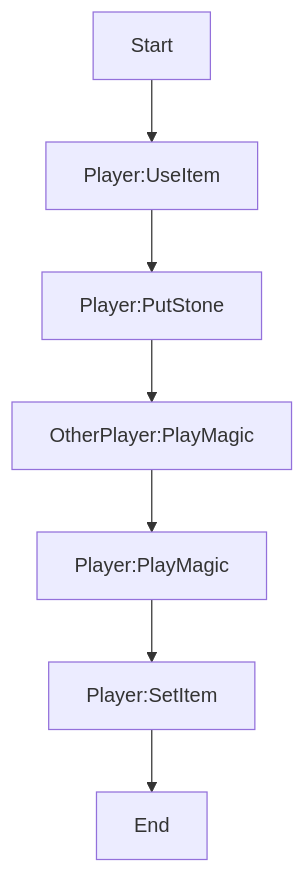
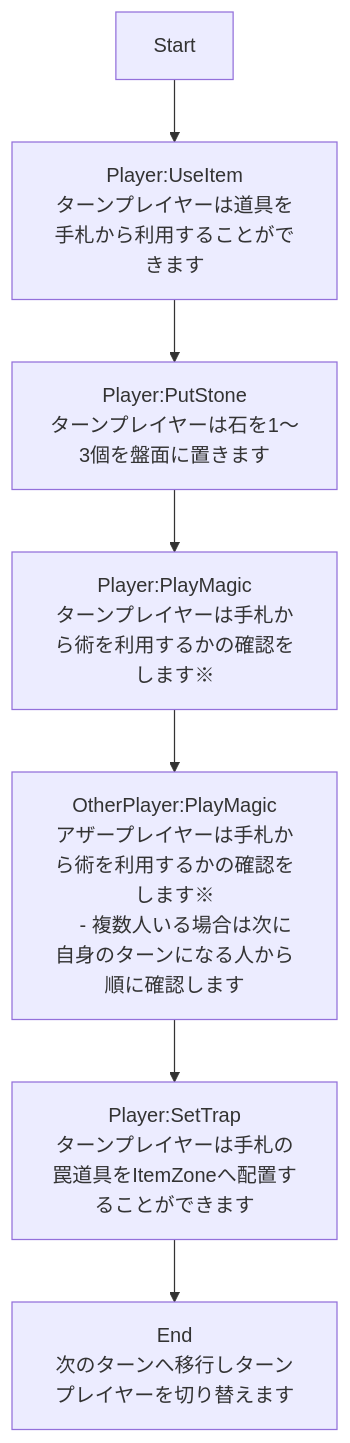
The first of 3 diagrams in README.md (Chronoss0518/SpinnerOfTherNightSky), drawn with Mermaid before and after one commit. The commit also changed other lines of this file, not shown here.

````diff
--- a/README.md
+++ b/README.md
@@ -158,14 +157,29 @@
 ``` mermaid
 graph TD;
 
-Player[Player:PlayMagic]
-OtherPlayer[OtherPlayer:PlayMagic]
+Player[Player:PlayMagic
+ターンプレイヤーは手札から術を利用するかの確認をします※]
+OtherPlayer[OtherPlayer:PlayMagic
+アザープレイヤーは手札から術を利用するかの確認をします※
+    - 複数人いる場合は次に自身のターンになる人から順に確認します]
+
+Player:UseItem[Player:UseItem
+ターンプレイヤーは道具を手札から利用することができます]
+
+Player:PutStone[Player:PutStone
+ターンプレイヤーは石を1～3個を盤面に置きます]
+
+Player:SetTrap[Player:SetTrap
+ターンプレイヤーは手札の罠道具をItemZoneへ配置することができます]
+
+End[End
+次のターンへ移行しターンプレイヤーを切り替えます]
 
 Start-->Player:UseItem
 Player:UseItem-->Player:PutStone
-Player:PutStone-->OtherPlayer
-OtherPlayer-->Player
-Player-->Player:SetItem
-Player:SetItem-->End
+Player:PutStone-->Player
+Player-->OtherPlayer
+OtherPlayer-->Player:SetTrap
+Player:SetTrap-->End
 
 ```
````
